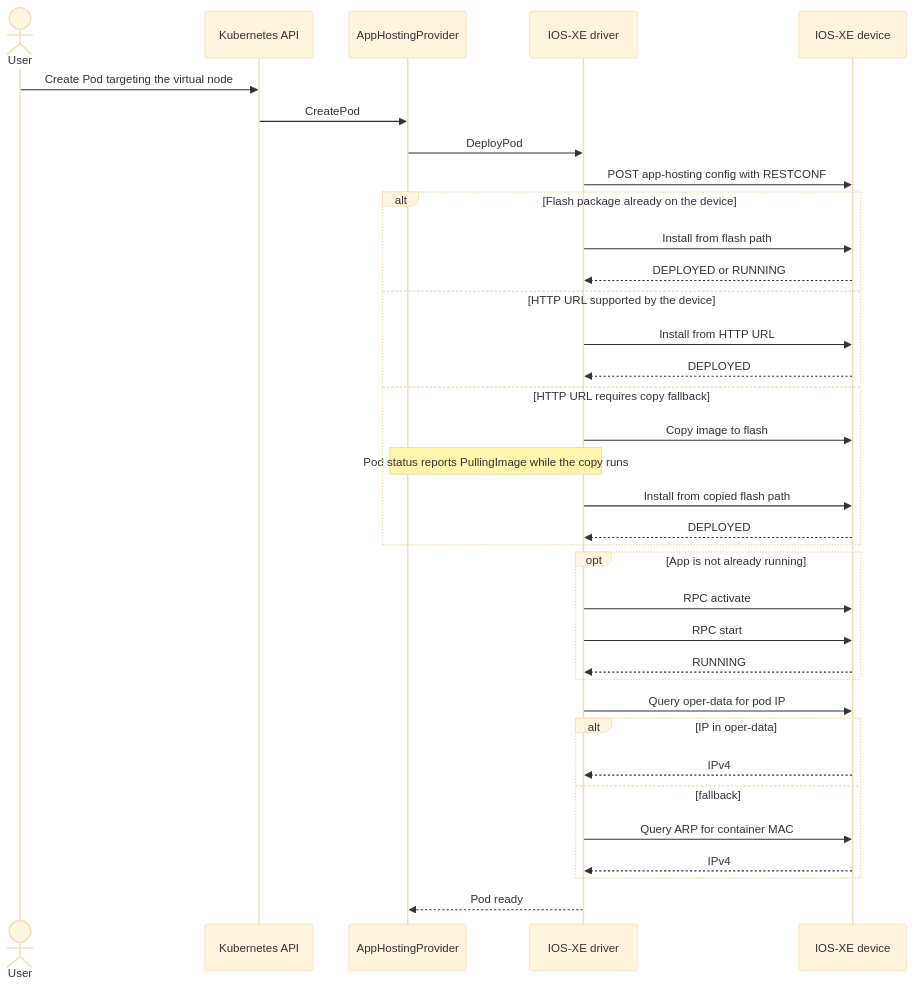
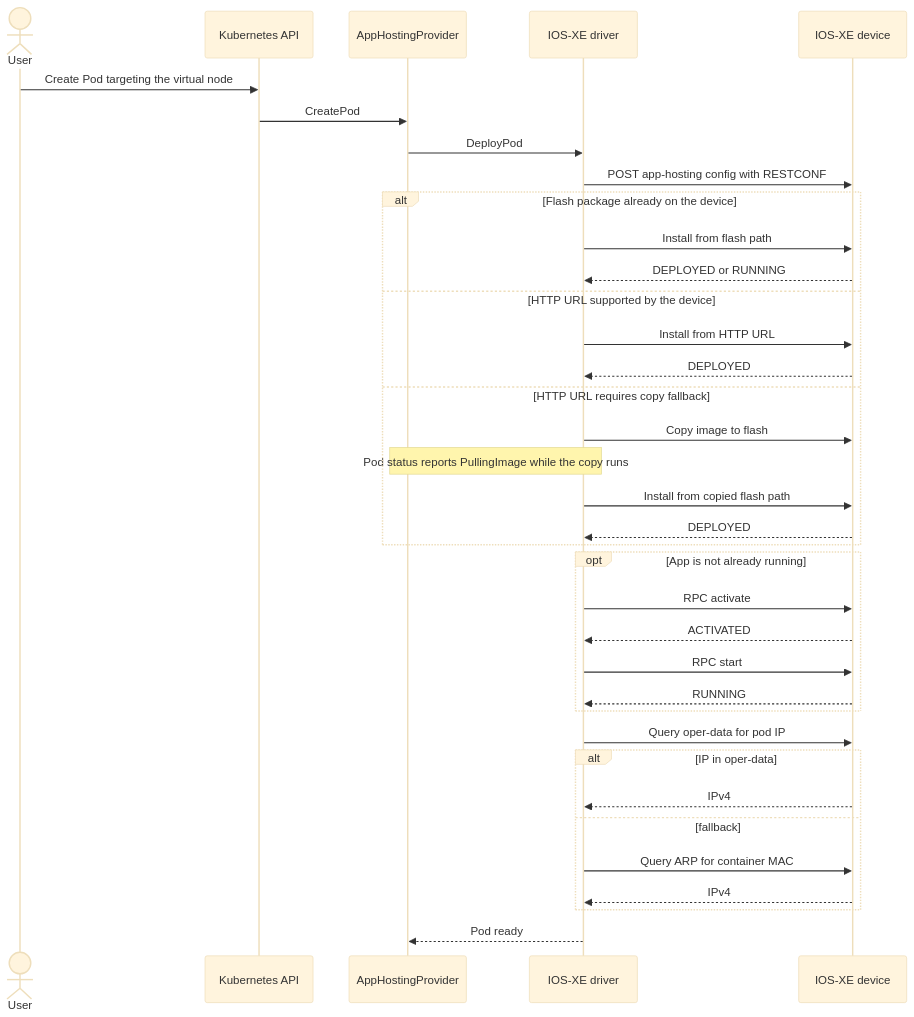
One commit to cisco-open/cisco-virtual-kubelet changed the third of 4 diagrams in docs/ARCHITECTURE.md. Above: the diagram before and after it, drawn with Mermaid (base theme). The commit also changed 24 other files, not shown here.

````diff
--- a/docs/ARCHITECTURE.md
+++ b/docs/ARCHITECTURE.md
@@ -285,41 +285,42 @@
 ```mermaid
 sequenceDiagram
     actor User
     participant API as Kubernetes API
     participant VK as AppHostingProvider
     participant Drv as IOS-XE driver
     participant Dev as IOS-XE device
 
     User->>API: Create Pod targeting the virtual node
     API->>VK: CreatePod
     VK->>Drv: DeployPod
     Drv->>Dev: POST app-hosting config with RESTCONF
 
     alt Flash package already on the device
         Drv->>Dev: Install from flash path
         Dev-->>Drv: DEPLOYED or RUNNING
     else HTTP URL supported by the device
         Drv->>Dev: Install from HTTP URL
         Dev-->>Drv: DEPLOYED
     else HTTP URL requires copy fallback
         Drv->>Dev: Copy image to flash
         Note over VK,Drv: Pod status reports PullingImage while the copy runs
         Drv->>Dev: Install from copied flash path
         Dev-->>Drv: DEPLOYED
     end
 
     opt App is not already running
         Drv->>Dev: RPC activate
+        Dev-->>Drv: ACTIVATED
         Drv->>Dev: RPC start
         Dev-->>Drv: RUNNING
     end
 
     Drv->>Dev: Query oper-data for pod IP
     alt IP in oper-data
         Dev-->>Drv: IPv4
     else fallback
         Drv->>Dev: Query ARP for container MAC
         Dev-->>Drv: IPv4
     end
     Drv-->>VK: Pod ready
 ```
````
